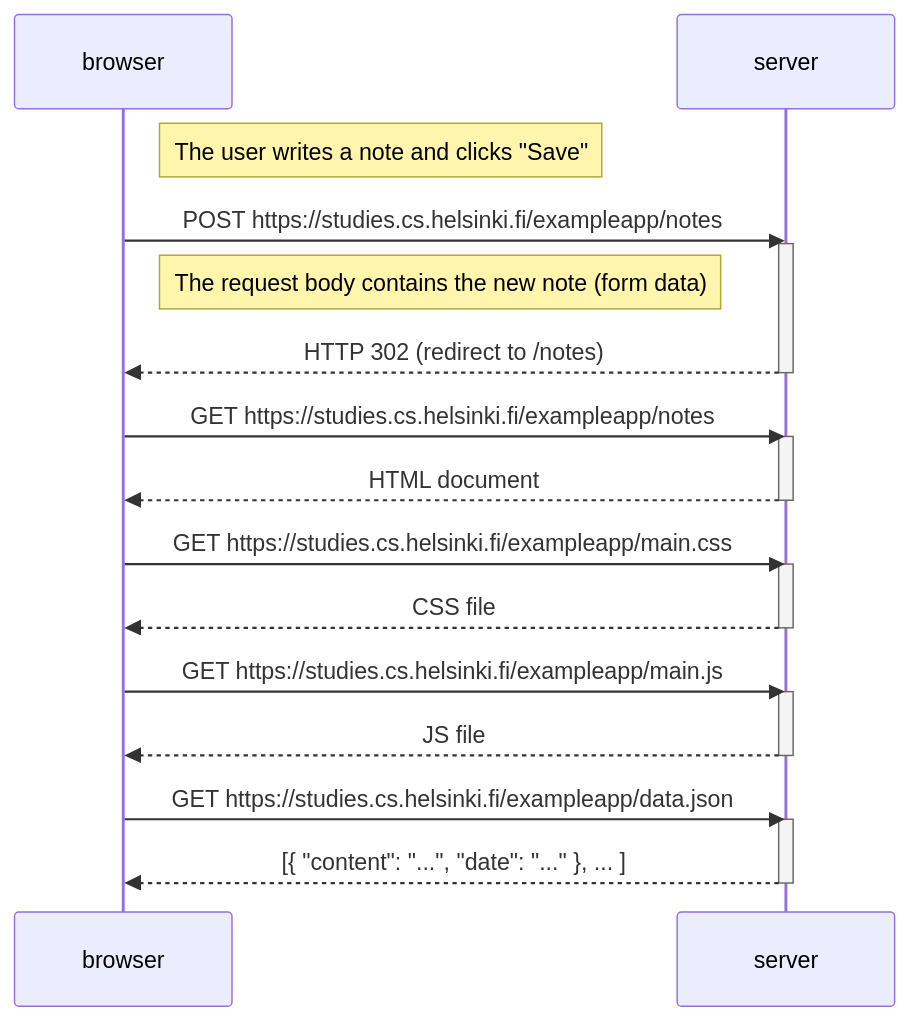
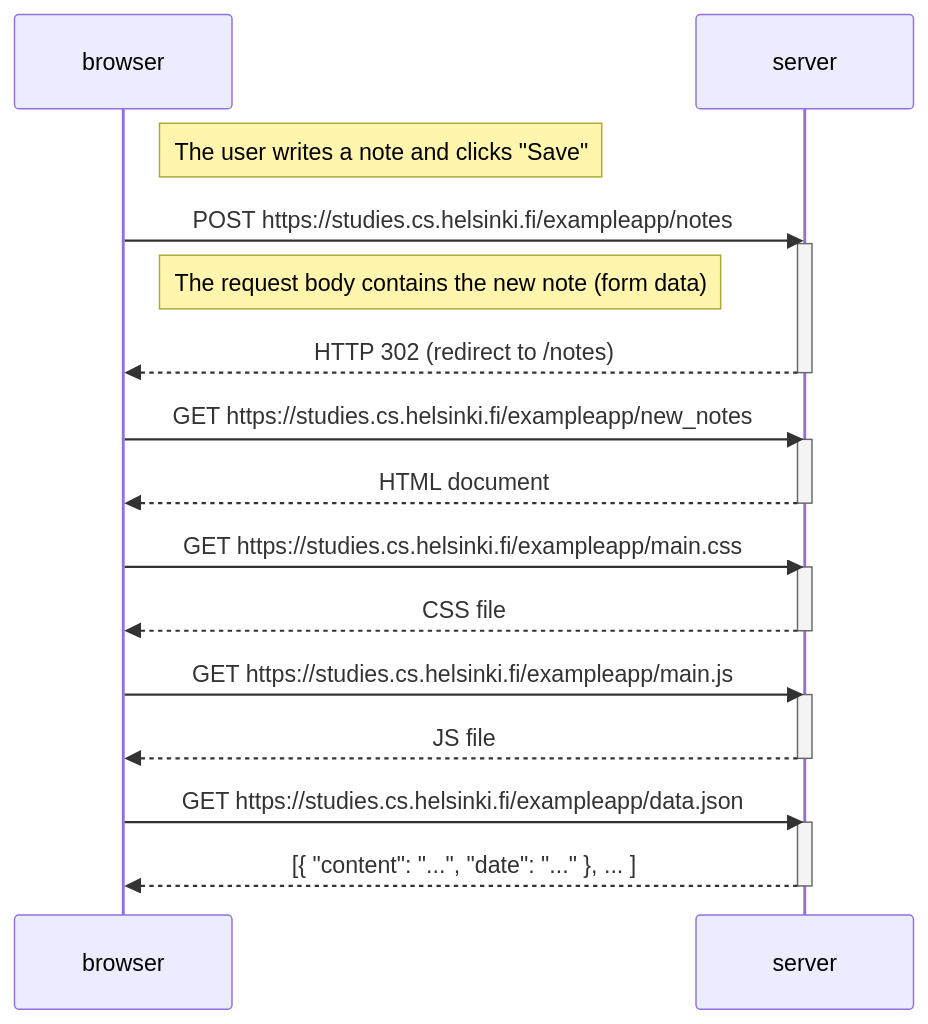
Before and after one commit to MatteoRossato/FullStackOpen_Part0: the diagram in sol_0.5.md, drawn with Mermaid.

````diff
--- a/sol_0.5.md
+++ b/sol_0.5.md
@@ -1,33 +1,33 @@
 ```mermaid
 sequenceDiagram
     participant browser
     participant server
 
     Note right of browser: The user writes a note and clicks "Save"
     browser->>server: POST https://studies.cs.helsinki.fi/exampleapp/notes
     activate server
     Note right of browser: The request body contains the new note (form data)
     server-->>browser: HTTP 302 (redirect to /notes)
     deactivate server
 
-    browser->>server: GET https://studies.cs.helsinki.fi/exampleapp/notes
+    browser->>server: GET https://studies.cs.helsinki.fi/exampleapp/new_notes
     activate server
     server-->>browser: HTML document
     deactivate server
 
     browser->>server: GET https://studies.cs.helsinki.fi/exampleapp/main.css
     activate server
     server-->>browser: CSS file
     deactivate server
 
     browser->>server: GET https://studies.cs.helsinki.fi/exampleapp/main.js
     activate server
     server-->>browser: JS file
     deactivate server
 
     browser->>server: GET https://studies.cs.helsinki.fi/exampleapp/data.json
     activate server
     server-->>browser: [{ "content": "...", "date": "..." }, ... ]
     deactivate server
 
 ```
````
